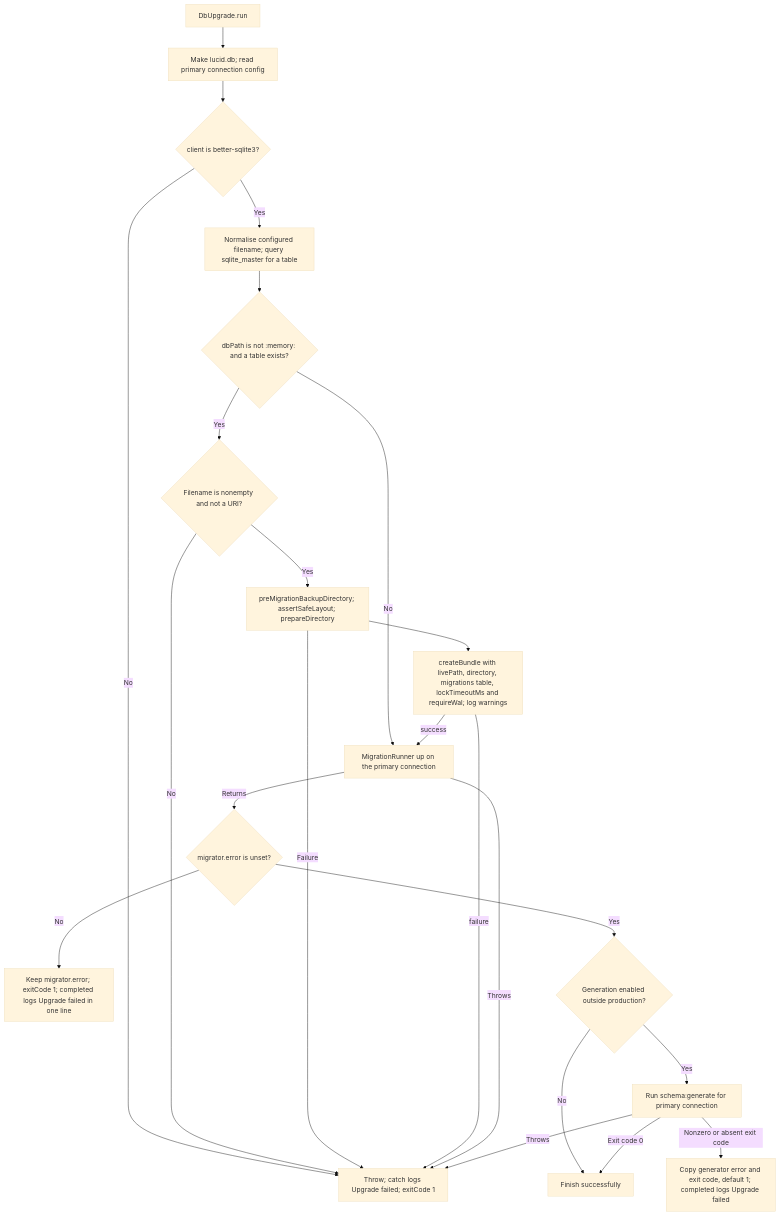
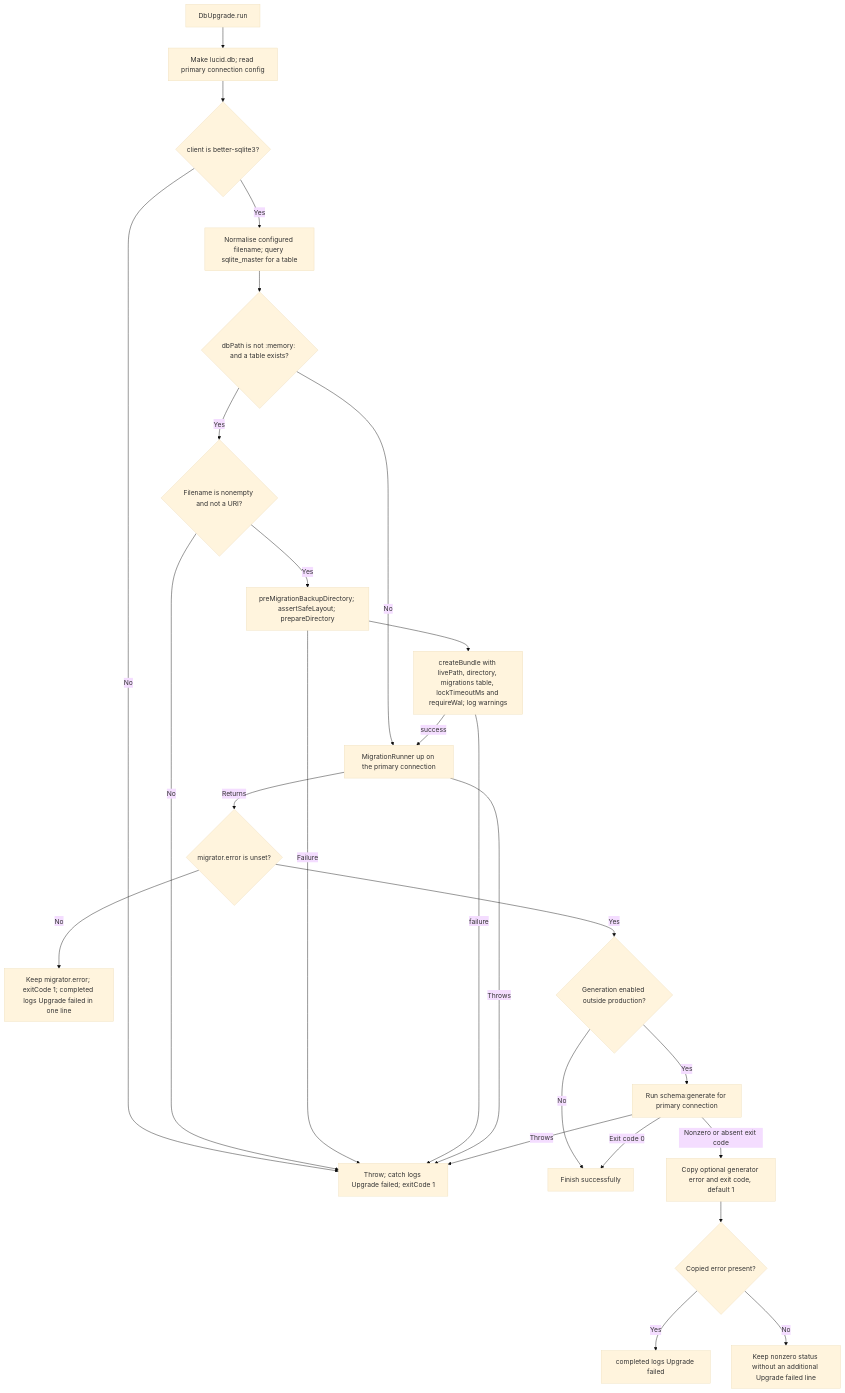
The second of 2 diagrams in user-stories/upgrade-database/us-op-06-upgrade-database.md (Kevinjohn/oss-adonisjs-sqlite-backup), drawn with Mermaid (base theme) before and after one commit. The commit also changed other lines of this file and 4 other files, not shown here.

Commit message:
Correct source-backed user story flow details

````diff
--- a/user-stories/upgrade-database/us-op-06-upgrade-database.md
+++ b/user-stories/upgrade-database/us-op-06-upgrade-database.md
@@ -47,25 +47,28 @@
 ```mermaid
 flowchart TD
     A["DbUpgrade.run"] --> B["Make lucid.db; read primary connection config"]
     B --> C{"client is better-sqlite3?"}
     C -->|No| X["Throw; catch logs Upgrade failed; exitCode 1"]
     C -->|Yes| D["Normalise configured filename; query sqlite_master for a table"]
     D --> E{"dbPath is not :memory: and a table exists?"}
     E -->|No| H["MigrationRunner up on the primary connection"]
     E -->|Yes| F1{"Filename is nonempty and not a URI?"}
     F1 -->|No| X
     F1 -->|Yes| F["preMigrationBackupDirectory; assertSafeLayout; prepareDirectory"]
     F -->|Failure| X
     F --> G["createBundle with livePath, directory, migrations table, lockTimeoutMs and requireWal; log warnings"]
     G -->|failure| X
     G -->|success| H
     H -->|Throws| X
     H -->|Returns| I{"migrator.error is unset?"}
     I -->|No| J["Keep migrator.error; exitCode 1; completed logs Upgrade failed in one line"]
     I -->|Yes| K{"Generation enabled outside production?"}
     K -->|No| L["Finish successfully"]
     K -->|Yes| M["Run schema:generate for primary connection"]
     M -->|Throws| X
-    M -->|Nonzero or absent exit code| N["Copy generator error and exit code, default 1; completed logs Upgrade failed"]
+    M -->|Nonzero or absent exit code| N["Copy optional generator error and exit code, default 1"]
+    N --> O{"Copied error present?"}
+    O -->|Yes| P["completed logs Upgrade failed"]
+    O -->|No| Q["Keep nonzero status without an additional Upgrade failed line"]
     M -->|Exit code 0| L
 ```
````
